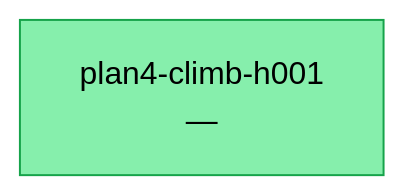
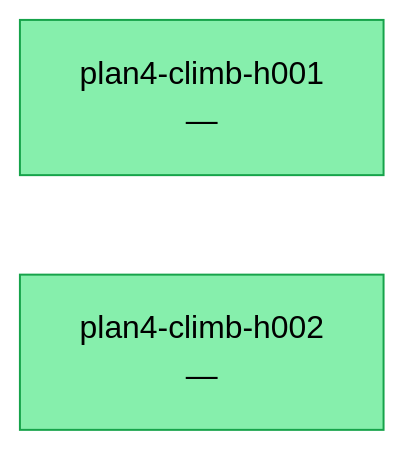
The diagram in docs/status/climb/research-tree.md (uukuguy/asterion), drawn with Mermaid (neutral theme) before and after one commit. The commit also changed other lines of this file and 4 other files, not shown here.

````diff
--- a/docs/status/climb/research-tree.md
+++ b/docs/status/climb/research-tree.md
@@ -34,9 +35,11 @@
 ```mermaid
 graph LR
     classDef sota fill:#4ade80,stroke:#15803d,color:#000
     classDef confirmed fill:#86efac,stroke:#16a34a,color:#000
     classDef falsified fill:#fca5a5,stroke:#b91c1c,color:#000
     classDef pending fill:#fde68a,stroke:#a16207,color:#000
     plan4_climb_h001["plan4-climb-h001<br/>—"]
     class plan4_climb_h001 confirmed
+    plan4_climb_h002["plan4-climb-h002<br/>—"]
+    class plan4_climb_h002 confirmed
 ```
````
